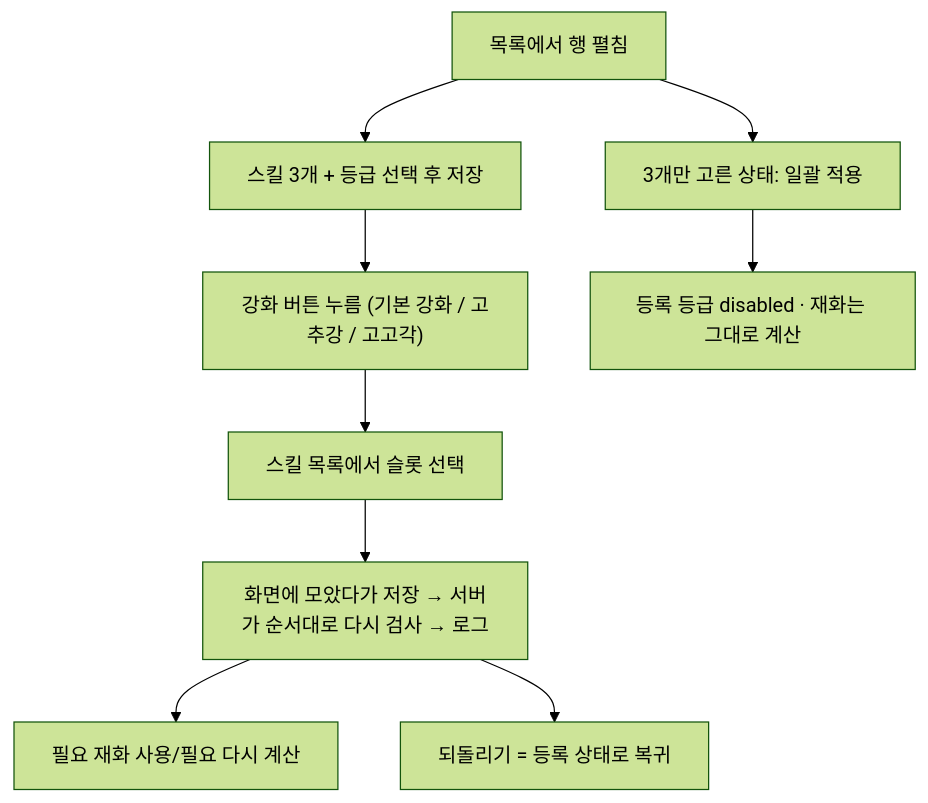
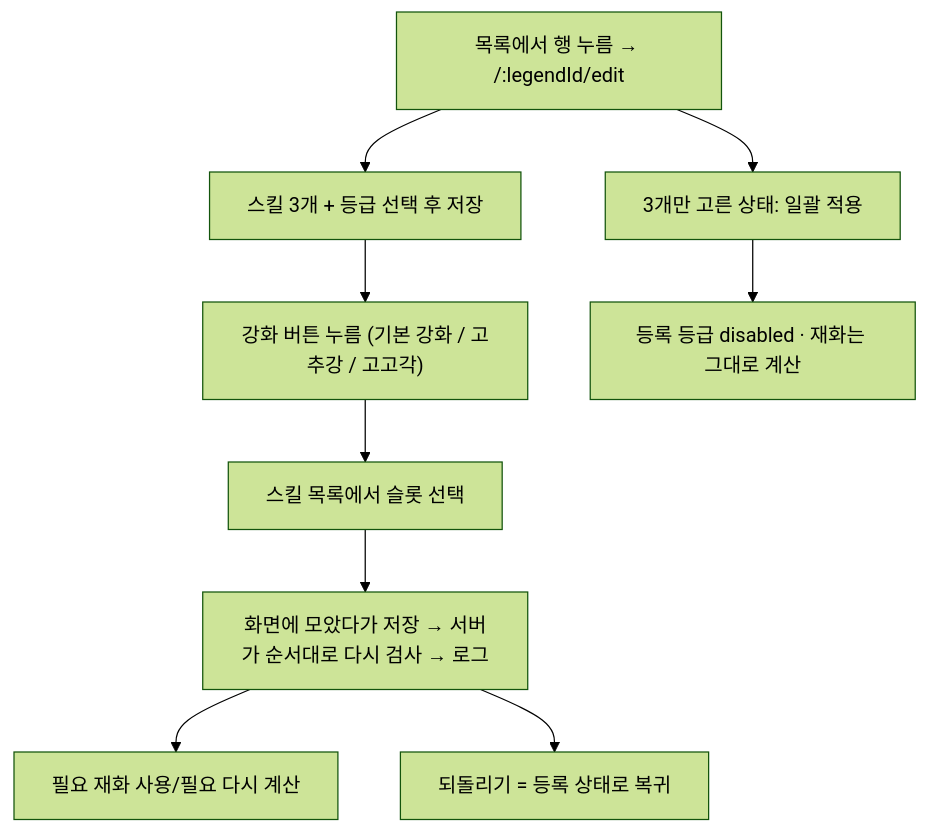
One commit to newfly101/compya2025 changed the diagram in docs/features/legendCollectionSkills/design.md. Above: the diagram before and after it, drawn with Mermaid (forest theme). The commit also changed other lines of this file and 24 other files, not shown here.

````diff
--- a/docs/features/legendCollectionSkills/design.md
+++ b/docs/features/legendCollectionSkills/design.md
@@ -52,10 +59,10 @@
 ```mermaid
 flowchart TD
-    A["목록에서 행 펼침"] --> B["스킬 3개 + 등급 선택 후 저장"]
+    A["목록에서 행 누름 → /:legendId/edit"] --> B["스킬 3개 + 등급 선택 후 저장"]
     B --> C["강화 버튼 누름 (기본 강화 / 고추강 / 고고각)"]
     C --> D["스킬 목록에서 슬롯 선택"]
     D --> E["화면에 모았다가 저장 → 서버가 순서대로 다시 검사 → 로그"]
     E --> F["필요 재화 사용/필요 다시 계산"]
     E --> G["되돌리기 = 등록 상태로 복귀"]
     A --> H["3개만 고른 상태: 일괄 적용"] --> I["등록 등급 disabled · 재화는 그대로 계산"]
 ```
````
